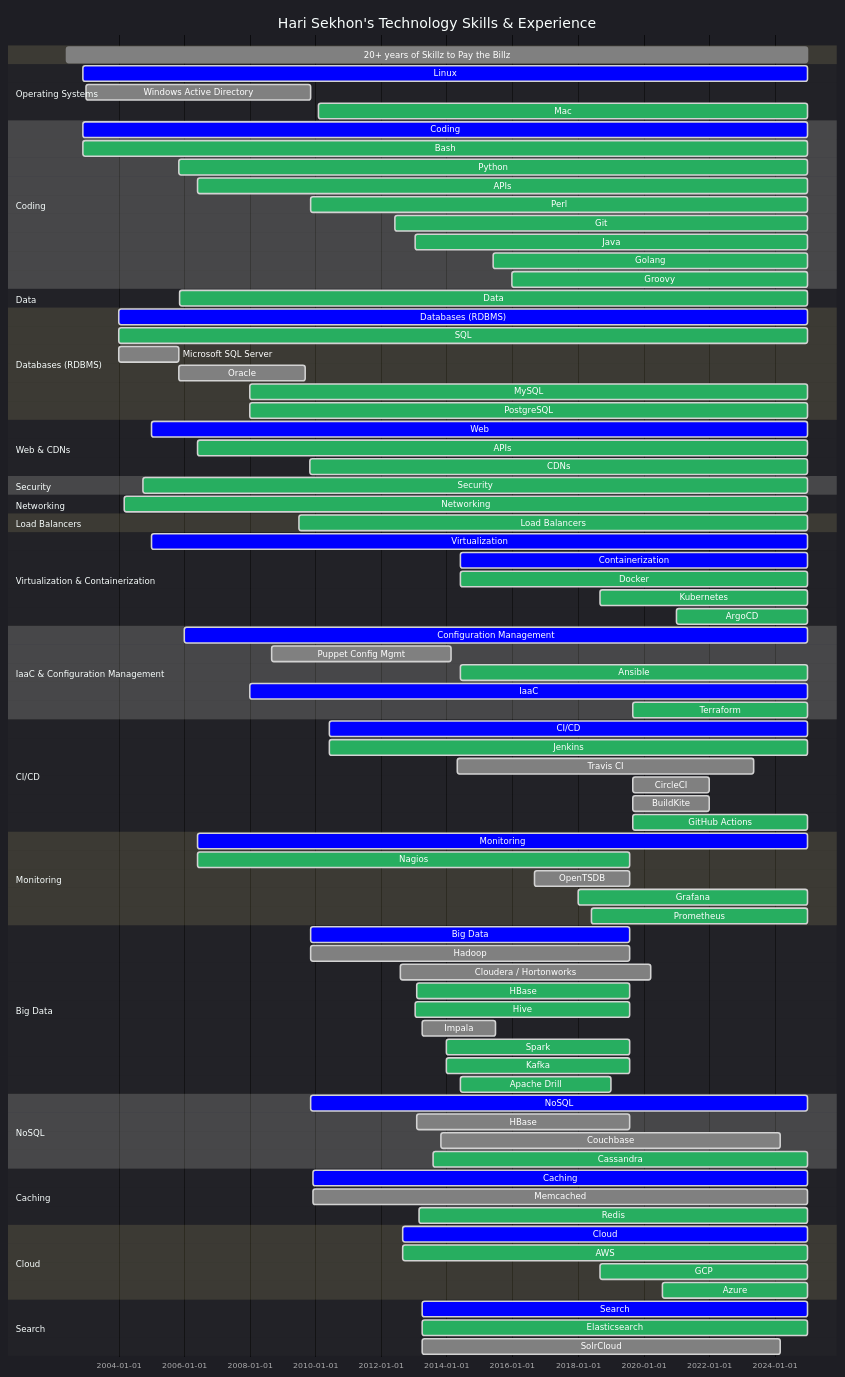
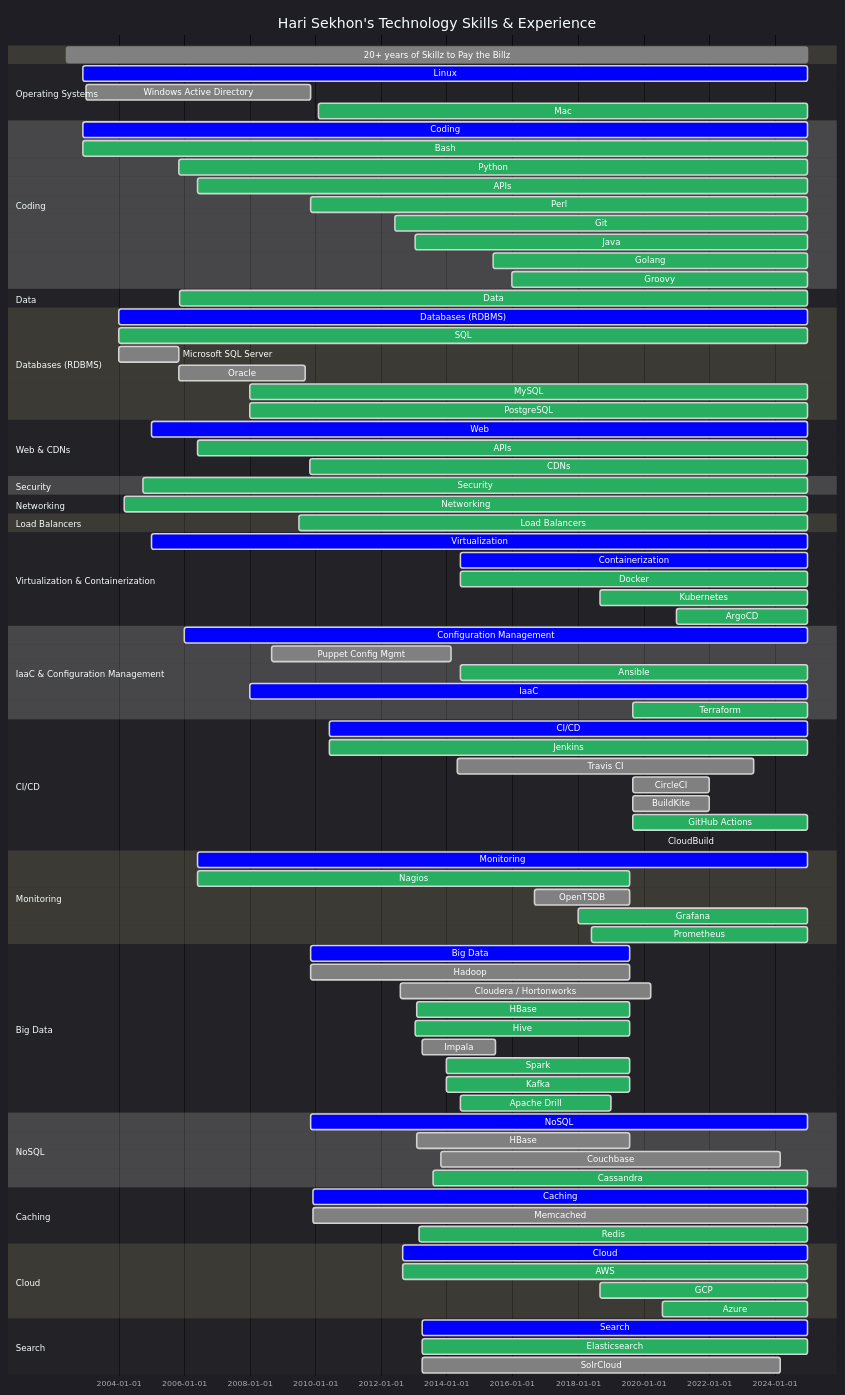
One commit to HariSekhon/HariSekhon changed the diagram in README.md. Above: the diagram before and after it, drawn with Mermaid.

```diff
--- a/README.md
+++ b/README.md
@@ -418,12 +418,12 @@
     CircleCI               : done, 2019-09-01, 2021-12-31
     BuildKite              : done, 2019-09-01, 2021-12-31
     GitHub Actions         : active, 2019-09-01, 2024-12-31
+    CloudBuild             : active, 2020-08-20, 2023-09-31
     %%GitLab                 : active, 2019-09-01, 2022-12-31
     %%Azure DevOps           : done, 2019-09-01, 2022-12-31
     %%Bitbucket              : done, 2019-09-01, 2022-12-31
     %%Concourse              : active, 2019-11-01, 2020-03-20
     %%TeamCity               : active, 2020-08-20, 2021-02-31
-    %%CloudBuild             : active, 2020-08-20, 2023-09-31
 
     section Monitoring
     Monitoring             : crit, 2006-06-01, 2024-12-31
```
